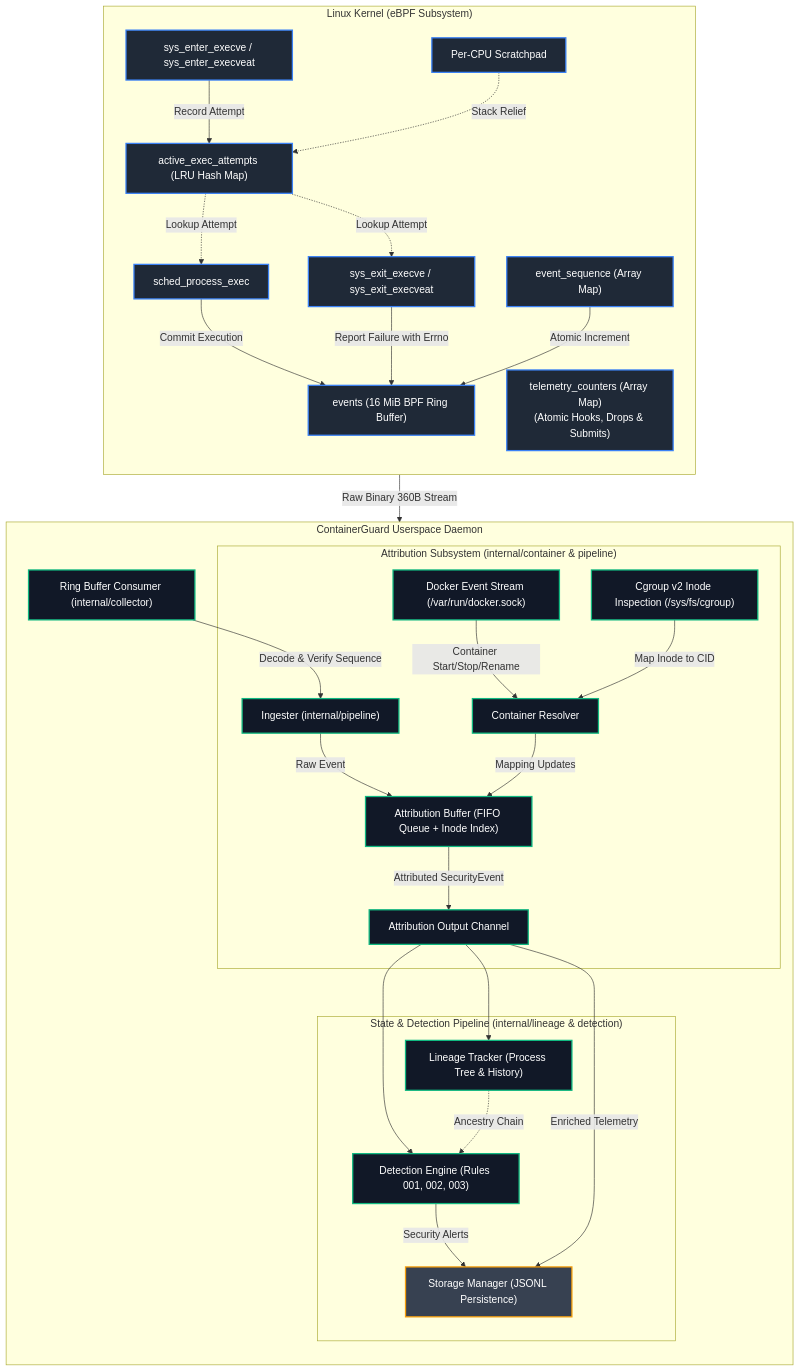
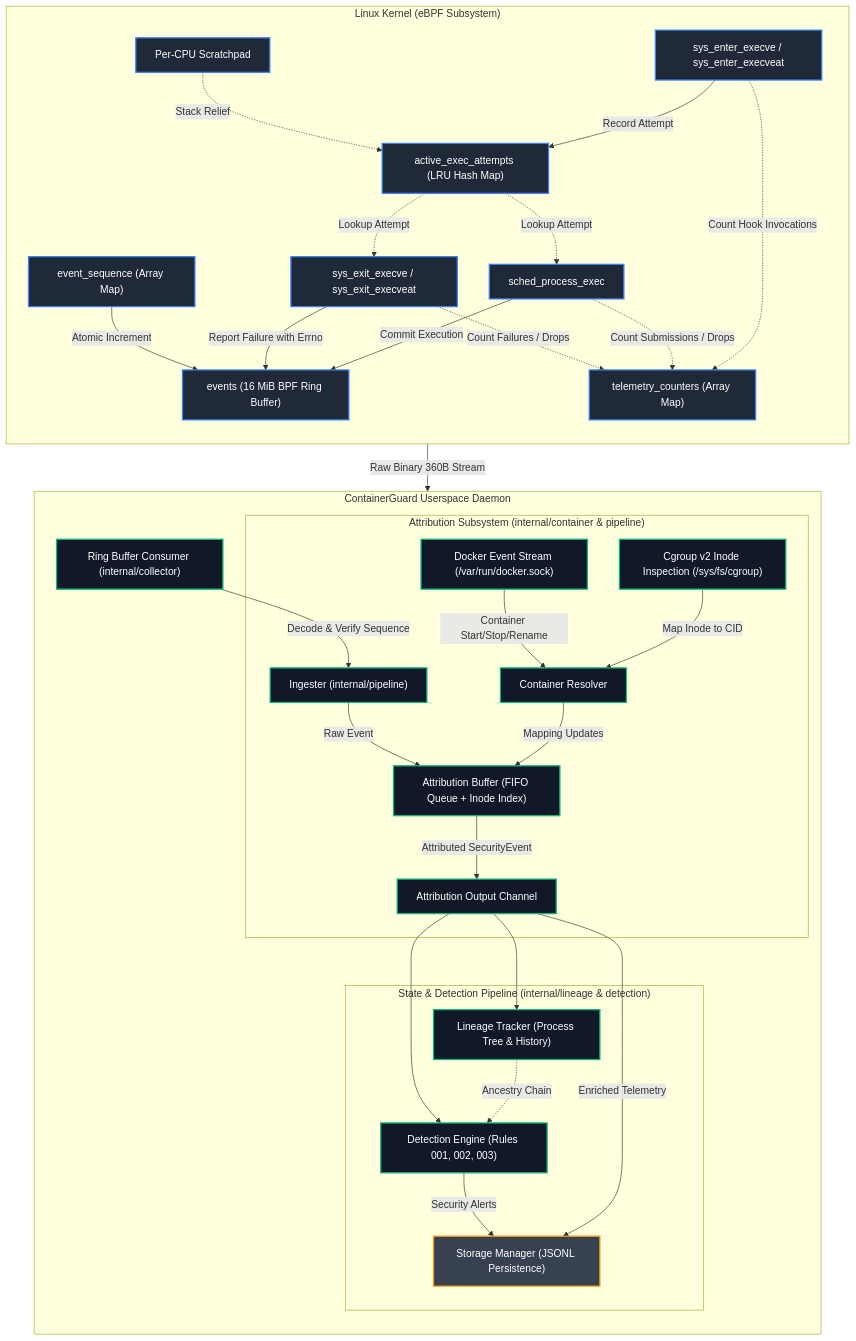
Before and after one commit to ramKarthik57/containerguard: the second of 7 diagrams in README.md, drawn with Mermaid. The commit also changed 2 other files, not shown here.

Commit message:
docs(audit): connect telemetry counters in architecture diagram and harden custom dir check

````diff
--- a/README.md
+++ b/README.md
@@ -129,45 +129,47 @@
 ```mermaid
 flowchart TD
     subgraph KernelSpace ["Linux Kernel (eBPF Subsystem)"]
         direction TB
         E1["sys_enter_execve / sys_enter_execveat"] -->|Record Attempt| AT["active_exec_attempts (LRU Hash Map)"]
         SP["sched_process_exec"] -->|Commit Execution| RB["events (16 MiB BPF Ring Buffer)"]
         EX["sys_exit_execve / sys_exit_execveat"] -->|Report Failure with Errno| RB
         
         AT -.->|Lookup Attempt| SP
         AT -.->|Lookup Attempt| EX
         
         SC["Per-CPU Scratchpad"] -.->|Stack Relief| AT
         SEQ["event_sequence (Array Map)"] -->|Atomic Increment| RB
-        TC["telemetry_counters (Array Map)<br/>(Atomic Hooks, Drops & Submits)"]
+        E1 -.->|Count Hook Invocations| TC["telemetry_counters (Array Map)"]
+        SP -.->|Count Submissions / Drops| TC
+        EX -.->|Count Failures / Drops| TC
     end
 
     subgraph UserSpacePipeline ["ContainerGuard Userspace Daemon"]
         direction TB
         RB -->|Raw Binary 360B Stream| CR["Ring Buffer Consumer (internal/collector)"]
         CR -->|Decode & Verify Sequence| ING["Ingester (internal/pipeline)"]
         
         subgraph AttributionEngine ["Attribution Subsystem (internal/container & pipeline)"]
             ING -->|Raw Event| AB["Attribution Buffer (FIFO Queue + Inode Index)"]
             DR["Docker Event Stream (/var/run/docker.sock)"] -->|Container Start/Stop/Rename| CRZ["Container Resolver"]
             CG["Cgroup v2 Inode Inspection (/sys/fs/cgroup)"] -->|Map Inode to CID| CRZ
             CRZ -->|Mapping Updates| AB
             AB -->|Attributed SecurityEvent| OUT["Attribution Output Channel"]
         end
 
         subgraph AnalysisEngine ["State & Detection Pipeline (internal/lineage & detection)"]
             OUT --> LT["Lineage Tracker (Process Tree & History)"]
             OUT --> DE["Detection Engine (Rules 001, 002, 003)"]
             LT -.->|Ancestry Chain| DE
             DE -->|Security Alerts| ST["Storage Manager (JSONL Persistence)"]
             OUT -->|Enriched Telemetry| ST
         end
     end
 
     classDef kernel fill:#1f2937,stroke:#3b82f6,stroke-width:2px,color:#fff;
     classDef userspace fill:#111827,stroke:#10b981,stroke-width:2px,color:#fff;
     classDef storage fill:#374151,stroke:#f59e0b,stroke-width:2px,color:#fff;
     class E1,SP,EX,AT,RB,SC,SEQ,TC kernel;
     class CR,ING,AB,DR,CG,CRZ,OUT,LT,DE userspace;
     class ST storage;
 ```
````
